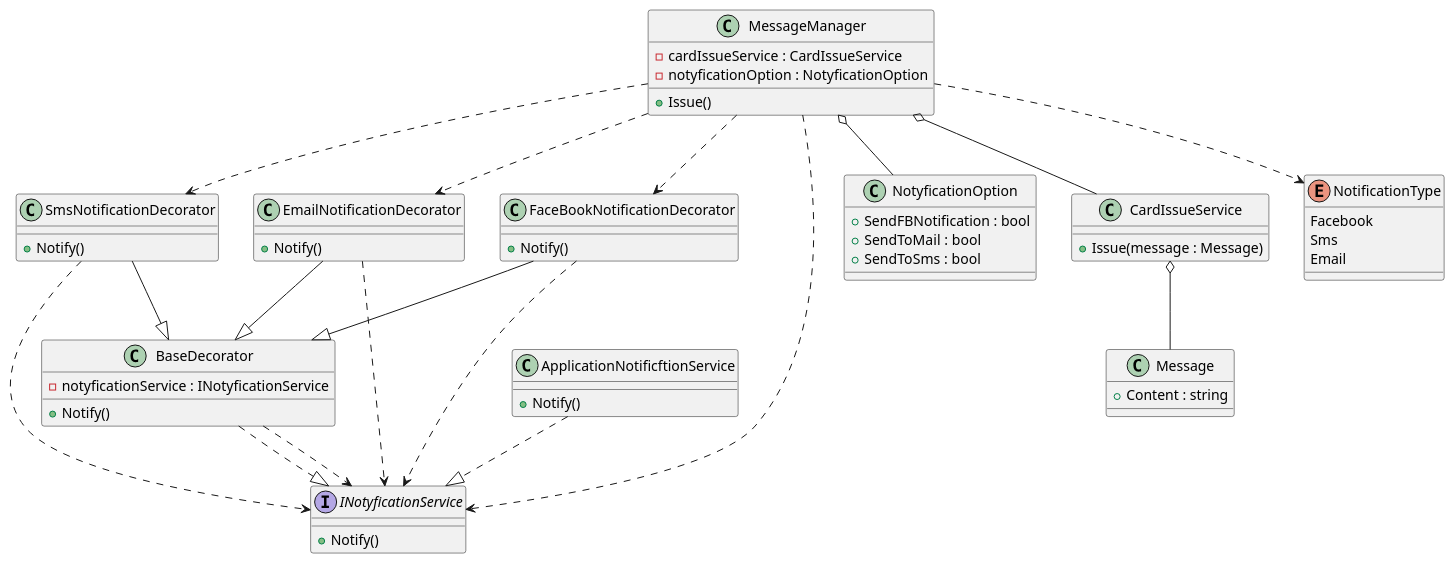
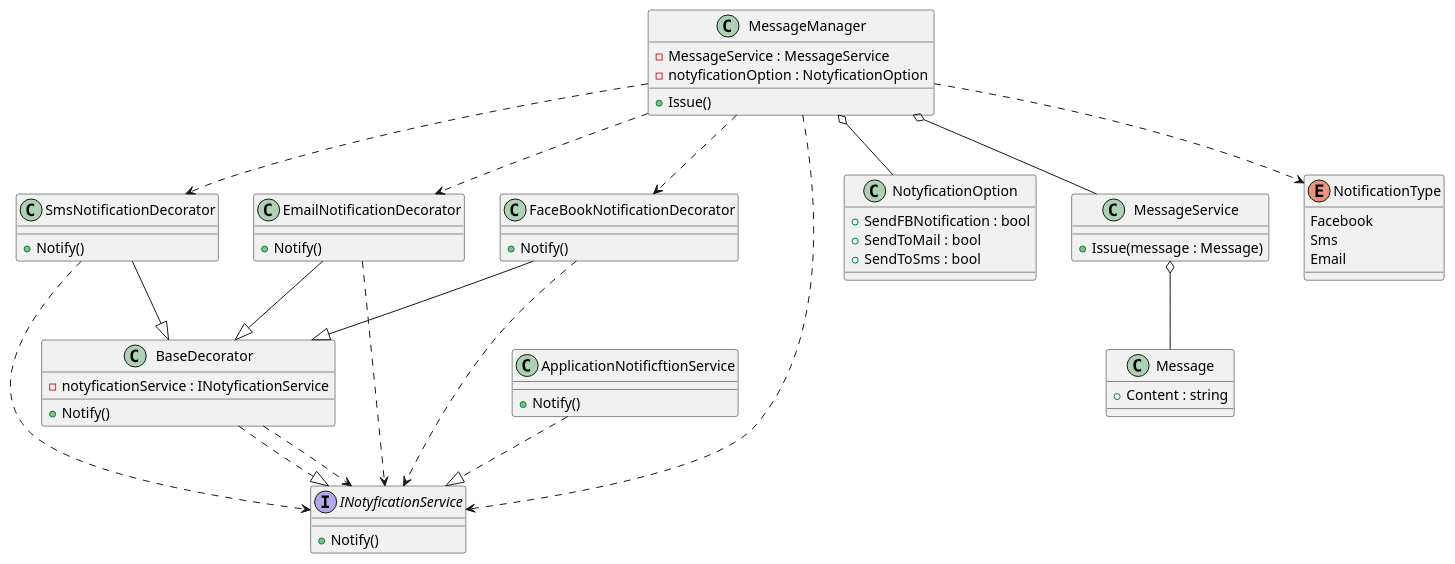
The diagram in Addapter/Decorator/diagram.puml (NikitaShchegolev/StructuralPattern), drawn with PlantUML before and after one commit. The commit also changed 8 other files, not shown here.

```diff
--- a/Addapter/Decorator/diagram.puml
+++ b/Addapter/Decorator/diagram.puml
@@ -1,89 +1,89 @@
 @startuml
 ' Декоратор - это структурный паттерн проектирования, который позволяет динамически добавлять объектам новую функциональность, оборачивая их в полезные «обёртки».
 ' В данном примере реализован паттерн Декоратор для отправки уведомлений различными способами (Email, SMS, Facebook).
 
 ' Интерфейс сервиса уведомлений
 interface INotyficationService {
     +Notify()
 }
 
 ' Базовый декоратор, реализующий интерфейс INotyficationService
 class BaseDecorator {
     -notyficationService : INotyficationService
     +Notify()
 }
 
 ' Конкретная реализация сервиса уведомлений через приложение
 class ApplicationNotificftionService {
     +Notify()
 }
 
 ' Декораторы для различных типов уведомлений
 class EmailNotificationDecorator {
     +Notify()
 }
 
 class FaceBookNotificationDecorator {
     +Notify()
 }
 
 class SmsNotificationDecorator {
     +Notify()
 }
 
 
 ' Класс для настройки уведомлений
 class NotyficationOption {
     +SendFBNotification : bool
     +SendToMail : bool
     +SendToSms : bool
 }
 
 ' Класс для выпуска карт
-class CardIssueService {
+class MessageService {
     +Issue(message : Message)
 }
 
 ' Класс для управления картами
 class MessageManager {
-    -cardIssueService : CardIssueService
+    -MessageService : MessageService
     -notyficationOption : NotyficationOption
     +Issue()
 }
 
 ' Класс сообщения
 class Message {
     +Content : string
 }
 
 ' Перечисление типов уведомлений
 enum NotificationType {
     Facebook
     Sms
     Email
 }
 
 ' Отношения наследования
 BaseDecorator ..|> INotyficationService
 ApplicationNotificftionService ..|> INotyficationService
 EmailNotificationDecorator --|> BaseDecorator
 FaceBookNotificationDecorator --|> BaseDecorator
 SmsNotificationDecorator --|> BaseDecorator
 
 ' Отношения композиции
-MessageManager o-- CardIssueService
+MessageManager o-- MessageService
 MessageManager o-- NotyficationOption
-CardIssueService o-- Message
+MessageService o-- Message
 
 ' Отношения зависимости
 MessageManager ..> INotyficationService
 MessageManager ..> NotificationType
 MessageManager ..> EmailNotificationDecorator
 MessageManager ..> FaceBookNotificationDecorator
 MessageManager ..> SmsNotificationDecorator
 EmailNotificationDecorator ..> INotyficationService
 FaceBookNotificationDecorator ..> INotyficationService
 SmsNotificationDecorator ..> INotyficationService
 BaseDecorator ..> INotyficationService
 
 @enduml
```
